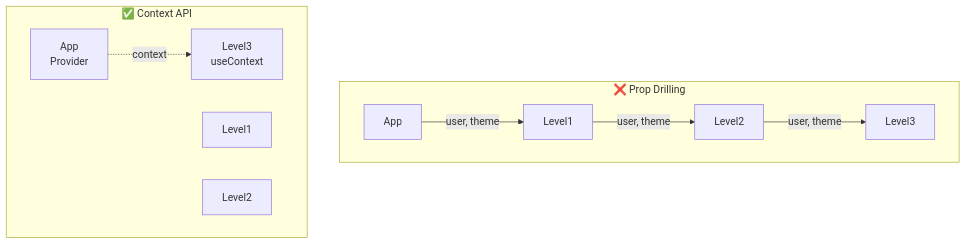
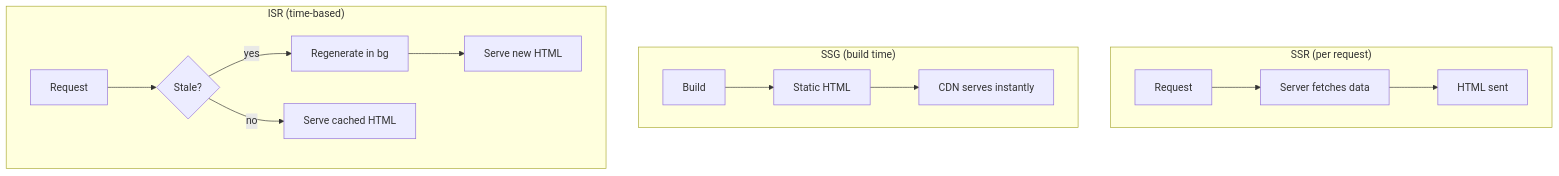
Before and after one commit to brijesh2501/interview-questions: the sixth of 6 diagrams in reactjs/README.md, drawn with Mermaid. The commit also changed other lines of this file and 2 other files, not shown here.

````diff
--- a/reactjs/README.md
+++ b/reactjs/README.md
@@ -640,22 +858,13 @@
 ```mermaid
 graph TD
-    subgraph Drilling["❌ Prop Drilling"]
-        App1["App"]
-        L11["Level1"]
-        L21["Level2"]
-        L31["Level3"]
-
-        App1 -->|user, theme| L11
-        L11 -->|user, theme| L21
-        L21 -->|user, theme| L31
+    subgraph SSR["SSR (per request)"]
+        R1["Request"] --> S1["Server fetches data"] --> R2["HTML sent"]
     end
-
-    subgraph Context["✅ Context API"]
-        App2["App<br/>Provider"]
-        L12["Level1"]
-        L22["Level2"]
-        L32["Level3<br/>useContext"]
-
-        App2 -.->|context| L32
+    subgraph SSG["SSG (build time)"]
+        B1["Build"] --> S2["Static HTML"] --> CDN["CDN serves instantly"]
+    end
+    subgraph ISR["ISR (time-based)"]
+        I1["Request"] --> I2{"Stale?"} -->|yes| I3["Regenerate in bg"] --> I4["Serve new HTML"]
+        I2 -->|no| I5["Serve cached HTML"]
     end
 ```
````
